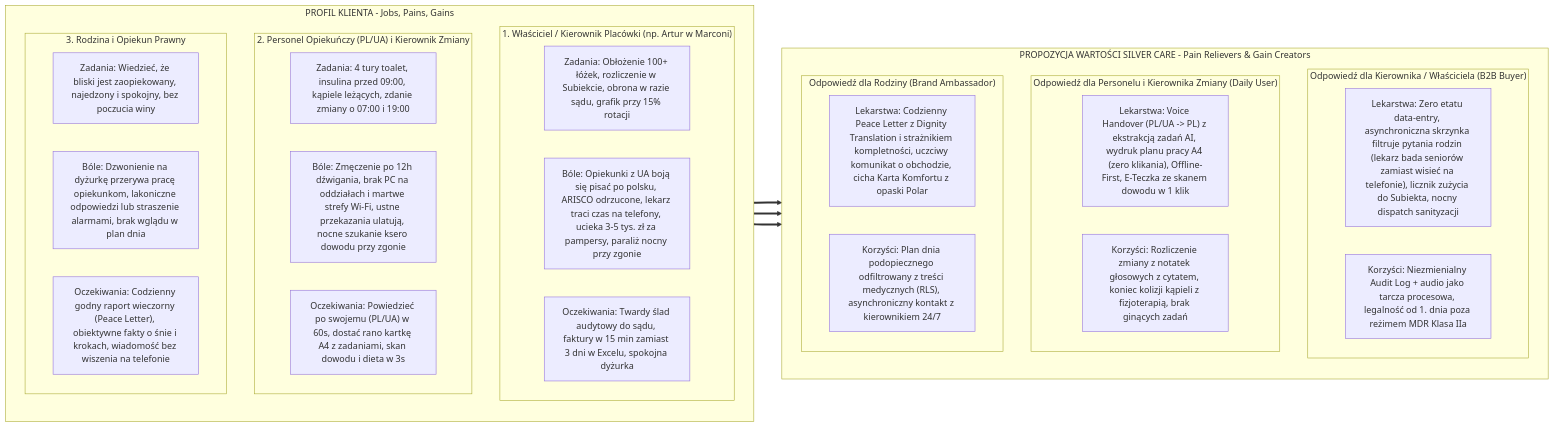
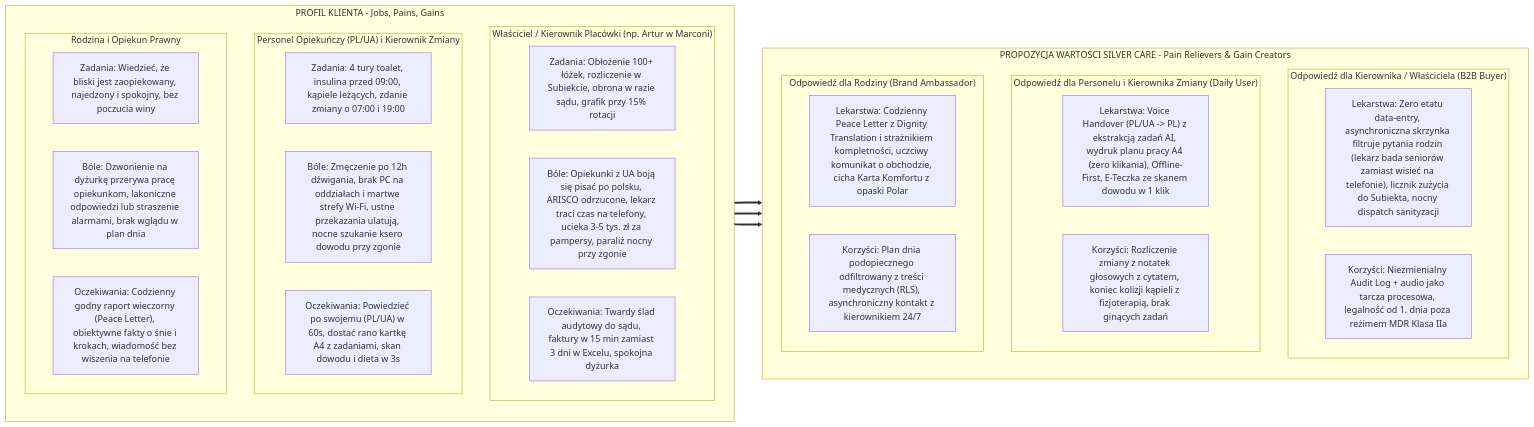
Before and after one commit to aiprojectmanagersznurowski-afk/silver_care: the fifth of 5 diagrams in docs/Product_discovery/00_STRATEGIA_I_MAPOWANIE_KONKURENCJI.md, drawn with Mermaid. The commit also changed other lines of this file and 2 other files, not shown here.

Commit message:
docs(voice): dyktafon Zero-UI to M5Stack StickS3 zamiast M5StickC PLUS2
Kompendium, architektura potoku i strategia opisują StickS3 (K150,
ESP32-S3). PLUS2 zostaje jako wariant zapasowy. Zegar RTC, bateria,
cena i budżet są oznaczone jako do sprawdzenia. W strategii usunięte
numerowane etykiety, przez które diagram pokazywał
„Unsupported markdown”.

````diff
--- a/docs/Product_discovery/00_STRATEGIA_I_MAPOWANIE_KONKURENCJI.md
+++ b/docs/Product_discovery/00_STRATEGIA_I_MAPOWANIE_KONKURENCJI.md
@@ -225,45 +225,45 @@
 ```mermaid
 flowchart LR
     subgraph CustomerProfiles["PROFIL KLIENTA - Jobs, Pains, Gains"]
         direction TB
-        subgraph P_Dir["1. Właściciel / Kierownik Placówki (np. Artur w Marconi)"]
+        subgraph P_Dir["Właściciel / Kierownik Placówki (np. Artur w Marconi)"]
             J_Dir["Zadania: Obłożenie 100+ łóżek, rozliczenie w Subiekcie, obrona w razie sądu, grafik przy 15% rotacji"]
             Pain_Dir["Bóle: Opiekunki z UA boją się pisać po polsku, ARISCO odrzucone, lekarz traci czas na telefony, ucieka 3-5 tys. zł za pampersy, paraliż nocny przy zgonie"]
             Gain_Dir["Oczekiwania: Twardy ślad audytowy do sądu, faktury w 15 min zamiast 3 dni w Excelu, spokojna dyżurka"]
         end
 
-        subgraph P_Staff["2. Personel Opiekuńczy (PL/UA) i Kierownik Zmiany"]
+        subgraph P_Staff["Personel Opiekuńczy (PL/UA) i Kierownik Zmiany"]
             J_Staff["Zadania: 4 tury toalet, insulina przed 09:00, kąpiele leżących, zdanie zmiany o 07:00 i 19:00"]
             Pain_Staff["Bóle: Zmęczenie po 12h dźwigania, brak PC na oddziałach i martwe strefy Wi-Fi, ustne przekazania ulatują, nocne szukanie ksero dowodu przy zgonie"]
             Gain_Staff["Oczekiwania: Powiedzieć po swojemu (PL/UA) w 60s, dostać rano kartkę A4 z zadaniami, skan dowodu i dieta w 3s"]
         end
 
-        subgraph P_Fam["3. Rodzina i Opiekun Prawny"]
+        subgraph P_Fam["Rodzina i Opiekun Prawny"]
             J_Fam["Zadania: Wiedzieć, że bliski jest zaopiekowany, najedzony i spokojny, bez poczucia winy"]
             Pain_Fam["Bóle: Dzwonienie na dyżurkę przerywa pracę opiekunkom, lakoniczne odpowiedzi lub straszenie alarmami, brak wglądu w plan dnia"]
             Gain_Fam["Oczekiwania: Codzienny godny raport wieczorny (Peace Letter), obiektywne fakty o śnie i krokach, wiadomość bez wiszenia na telefonie"]
         end
     end
 
     subgraph ValueMap["PROPOZYCJA WARTOŚCI SILVER CARE - Pain Relievers & Gain Creators"]
         direction TB
         subgraph V_Dir_Out["Odpowiedź dla Kierownika / Właściciela (B2B Buyer)"]
             VR_Dir["Lekarstwa: Zero etatu data-entry, asynchroniczna skrzynka filtruje pytania rodzin (lekarz bada seniorów zamiast wisieć na telefonie), licznik zużycia do Subiekta, nocny dispatch sanityzacji"]
             VG_Dir["Korzyści: Niezmienialny Audit Log + audio jako tarcza procesowa, legalność od 1. dnia poza reżimem MDR Klasa IIa"]
         end
 
         subgraph V_Staff_Out["Odpowiedź dla Personelu i Kierownika Zmiany (Daily User)"]
             VR_Staff["Lekarstwa: Voice Handover (PL/UA -> PL) z ekstrakcją zadań AI, wydruk planu pracy A4 (zero klikania), Offline-First, E-Teczka ze skanem dowodu w 1 klik"]
             VG_Staff["Korzyści: Rozliczenie zmiany z notatek głosowych z cytatem, koniec kolizji kąpieli z fizjoterapią, brak ginących zadań"]
         end
 
         subgraph V_Fam_Out["Odpowiedź dla Rodziny (Brand Ambassador)"]
             VR_Fam["Lekarstwa: Codzienny Peace Letter z Dignity Translation i strażnikiem kompletności, uczciwy komunikat o obchodzie, cicha Karta Komfortu z opaski Polar"]
             VG_Fam["Korzyści: Plan dnia podopiecznego odfiltrowany z treści medycznych (RLS), asynchroniczny kontakt z kierownikiem 24/7"]
         end
     end
 
     P_Dir ==> V_Dir_Out
     P_Staff ==> V_Staff_Out
     P_Fam ==> V_Fam_Out
 ```
````
